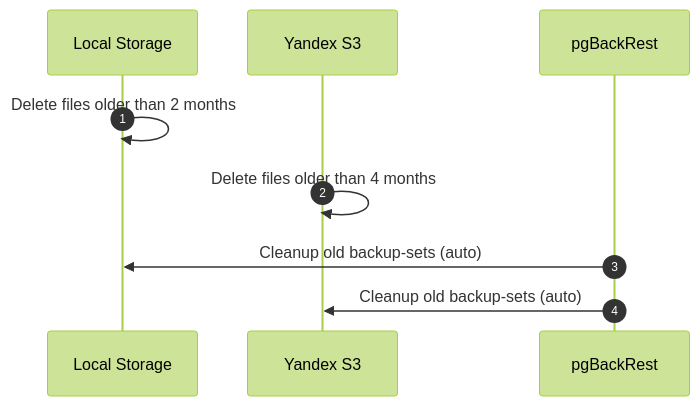
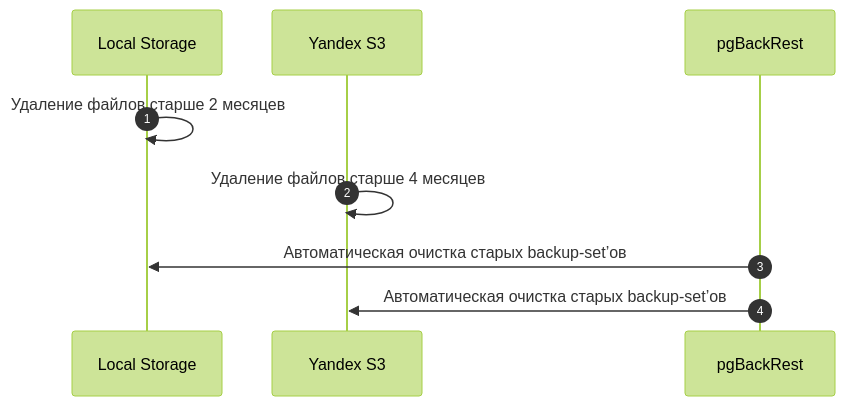
Before and after one commit to G4CHIM4STER/ObsidianVault: the third of 3 diagrams in CoreNotes/План РК для продуктивной БД.md, drawn with Mermaid (forest theme). The commit also changed other lines of this file, not shown here.

Commit message:
vault backup: 2025-09-18 08:07:16

````diff
--- a/CoreNotes/План РК для продуктивной БД.md
+++ b/CoreNotes/План РК для продуктивной БД.md
@@ -114,13 +115,13 @@
 ```mermaid
 sequenceDiagram
     autonumber
     participant Local as Local Storage
     participant S3 as Yandex S3
     participant pgBackRest as pgBackRest
 
-    Local->>Local: Delete files older than 2 months
-    S3->>S3: Delete files older than 4 months
-    pgBackRest->>Local: Cleanup old backup-sets (auto)
-    pgBackRest->>S3: Cleanup old backup-sets (auto)
+    Local->>Local: Удаление файлов старше 2 месяцев
+    S3->>S3: Удаление файлов старше 4 месяцев
+    pgBackRest->>Local: Автоматическая очистка старых backup-set’ов
+    pgBackRest->>S3: Автоматическая очистка старых backup-set’ов
 
 ```
````
